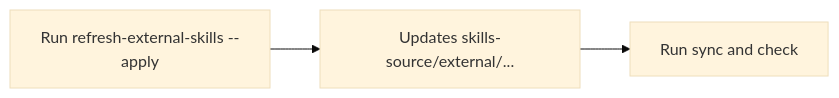
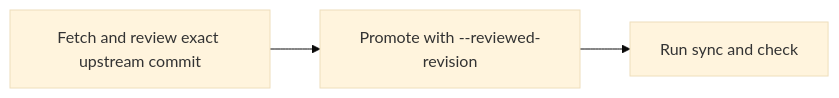
The fourth of 4 diagrams in docs/references/skills-registry.md (AdithyanI/agents), drawn with Mermaid (base theme) before and after one commit. The commit also changed other lines of this file and 19 other files, not shown here.

````diff
--- a/docs/references/skills-registry.md
+++ b/docs/references/skills-registry.md
@@ -68,5 +69,5 @@
 ```mermaid
 flowchart LR
-    A[Run refresh-external-skills --apply] --> B[Updates skills-source/external/...]
+    A[Fetch and review exact upstream commit] --> B[Promote with --reviewed-revision]
     B --> C[Run sync and check]
 ```
````
